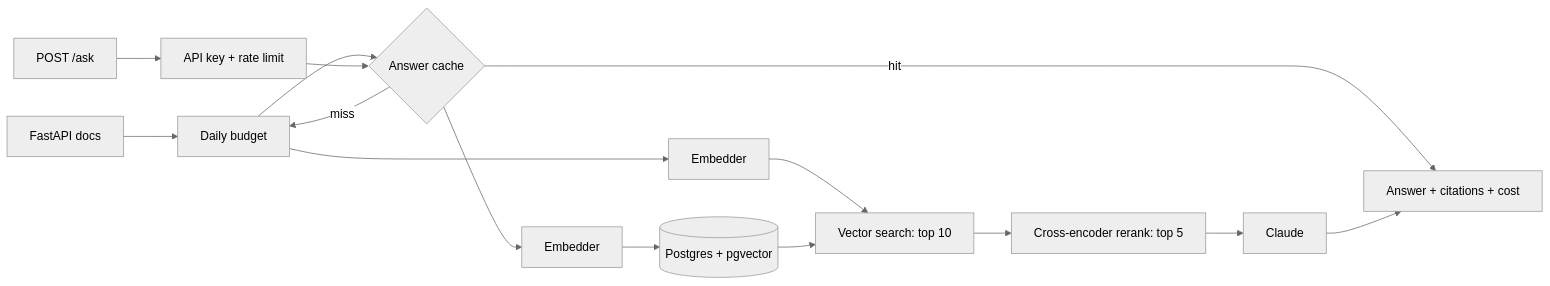
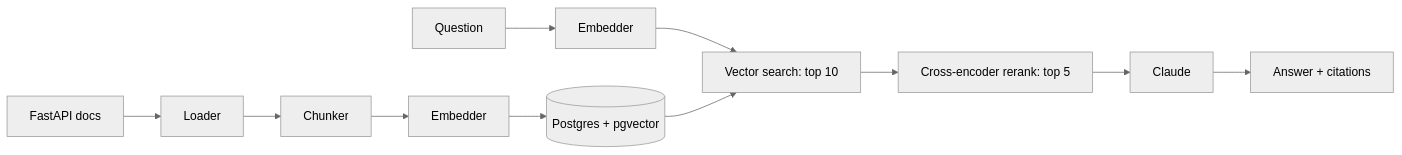
One commit to idosi/rag-in-production changed the diagram in README.md. Above: the diagram before and after it, drawn with Mermaid (neutral theme). The commit also changed other lines of this file and 22 other files, not shown here.

````diff
--- a/README.md
+++ b/README.md
@@ -7,9 +7,7 @@
 ```mermaid
 flowchart LR
   A[FastAPI docs] --> B[Loader] --> C[Chunker] --> D[Embedder] --> E[(Postgres + pgvector)]
-  Q[POST /ask] --> P[API key + rate limit] --> C{Answer cache}
-  C -- hit --> R
-  C -- miss --> B[Daily budget] --> QE[Embedder] --> S[Vector search: top 10]
+  Q[Question] --> QE[Embedder] --> S[Vector search: top 10]
   E --> S
-  S --> X[Cross-encoder rerank: top 5] --> G[Claude] --> R[Answer + citations + cost]
+  S --> X[Cross-encoder rerank: top 5] --> G[Claude] --> R[Answer + citations]
 ```
````
